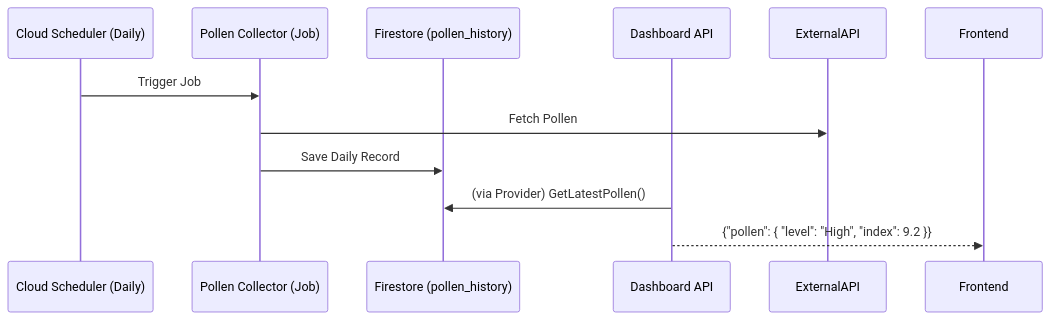
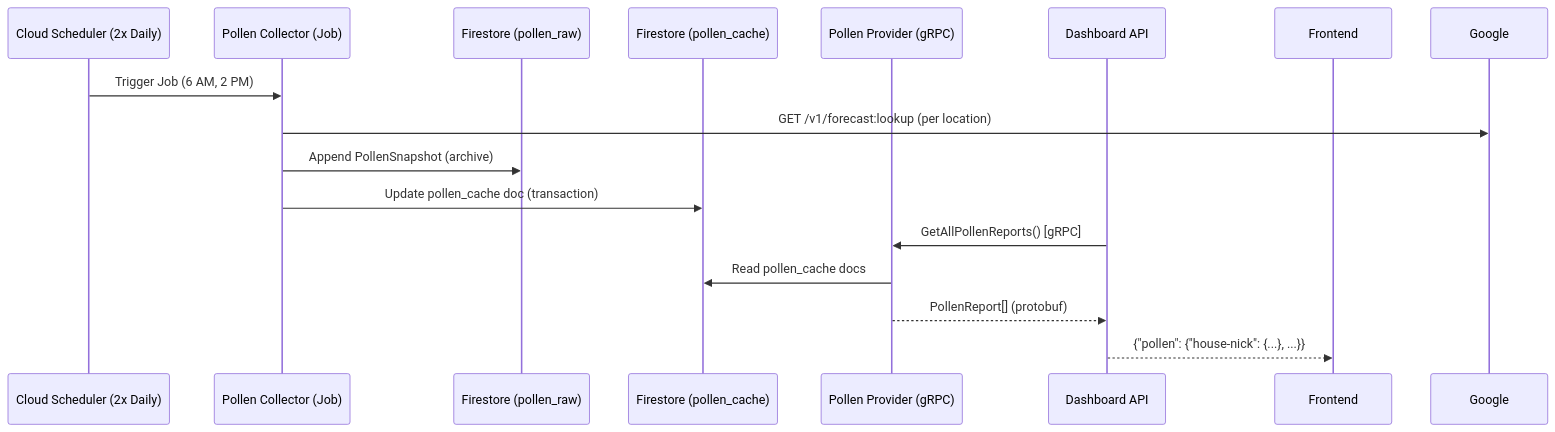
Before and after one commit to nickfang/personal-dashboard: the diagram in docs/ARCHITECTURE_SERVICE_POLLEN.md, drawn with Mermaid. The commit also changed other lines of this file and 30 other files, not shown here.

````diff
--- a/docs/ARCHITECTURE_SERVICE_POLLEN.md
+++ b/docs/ARCHITECTURE_SERVICE_POLLEN.md
@@ -19,14 +28,20 @@
 ```mermaid
 sequenceDiagram
-    participant Scheduler as Cloud Scheduler (Daily)
+    participant Scheduler as Cloud Scheduler (2x Daily)
     participant Collector as Pollen Collector (Job)
-    participant Store as Firestore (pollen_history)
+    participant Raw as Firestore (pollen_raw)
+    participant Cache as Firestore (pollen_cache)
+    participant Provider as Pollen Provider (gRPC)
     participant API as Dashboard API
-    
-    Scheduler->>Collector: Trigger Job
-    Collector->>ExternalAPI: Fetch Pollen
-    Collector->>Store: Save Daily Record
-    
-    API->>Store: (via Provider) GetLatestPollen()
-    API-->>Frontend: {"pollen": { "level": "High", "index": 9.2 }}
+    participant FE as Frontend
+
+    Scheduler->>Collector: Trigger Job (6 AM, 2 PM)
+    Collector->>Google: GET /v1/forecast:lookup (per location)
+    Collector->>Raw: Append PollenSnapshot (archive)
+    Collector->>Cache: Update pollen_cache doc (transaction)
+
+    API->>Provider: GetAllPollenReports() [gRPC]
+    Provider->>Cache: Read pollen_cache docs
+    Provider-->>API: PollenReport[] (protobuf)
+    API-->>FE: {"pollen": {"house-nick": {...}, ...}}
 ```
````
